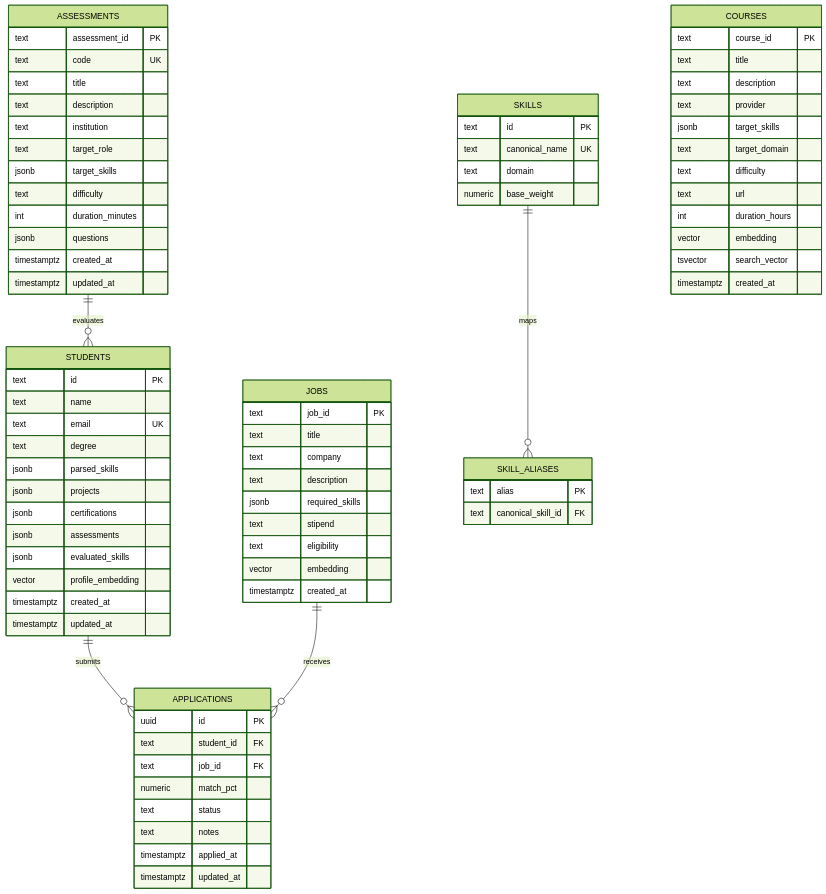
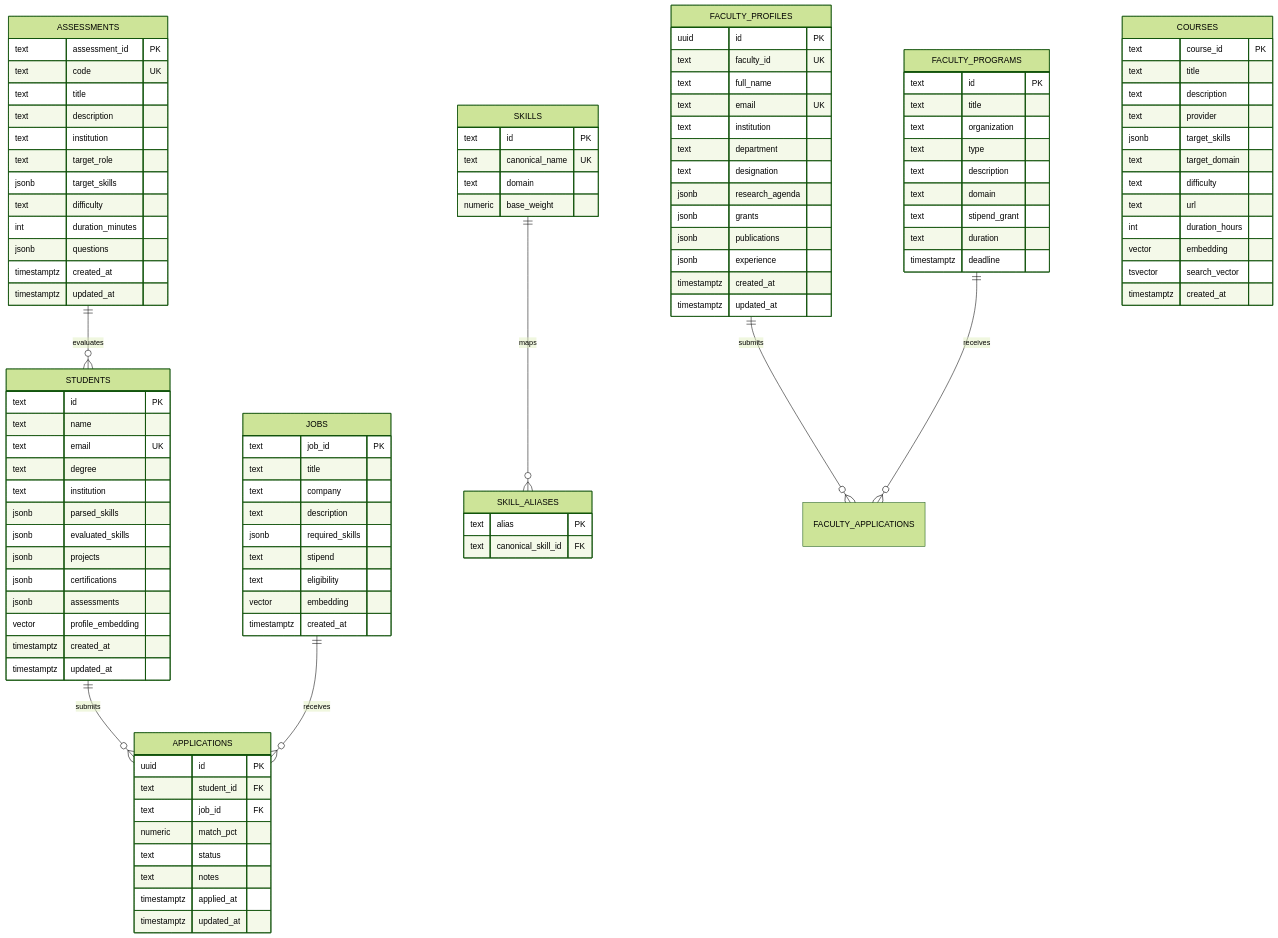
The third of 3 diagrams in ARCHITECTURE.md (PranavPurwar/SIH), drawn with Mermaid (forest theme) before and after one commit. The commit also changed other lines of this file and 79 other files, not shown here.

```diff
--- a/ARCHITECTURE.md
+++ b/ARCHITECTURE.md
@@ -411,17 +251,20 @@
   JOBS ||--o{ APPLICATIONS : receives
   SKILLS ||--o{ SKILL_ALIASES : maps
   ASSESSMENTS ||--o{ STUDENTS : evaluates
+  FACULTY_PROFILES ||--o{ FACULTY_APPLICATIONS : submits
+  FACULTY_PROGRAMS ||--o{ FACULTY_APPLICATIONS : receives
 
   STUDENTS {
     text id PK
     text name
     text email UK
     text degree
+    text institution
     jsonb parsed_skills
+    jsonb evaluated_skills
     jsonb projects
     jsonb certifications
     jsonb assessments
-    jsonb evaluated_skills
     vector profile_embedding
     timestamptz created_at
     timestamptz updated_at
@@ -480,6 +323,34 @@
     timestamptz created_at
   }
 
+  FACULTY_PROFILES {
+    uuid id PK
+    text faculty_id UK
+    text full_name
+    text email UK
+    text institution
+    text department
+    text designation
+    jsonb research_agenda
+    jsonb grants
+    jsonb publications
+    jsonb experience
+    timestamptz created_at
+    timestamptz updated_at
+  }
+
+  FACULTY_PROGRAMS {
+    text id PK
+    text title
+    text organization
+    text type
+    text description
+    text domain
+    text stipend_grant
+    text duration
+    timestamptz deadline
+  }
+
   SKILLS {
     text id PK
     text canonical_name UK
```
